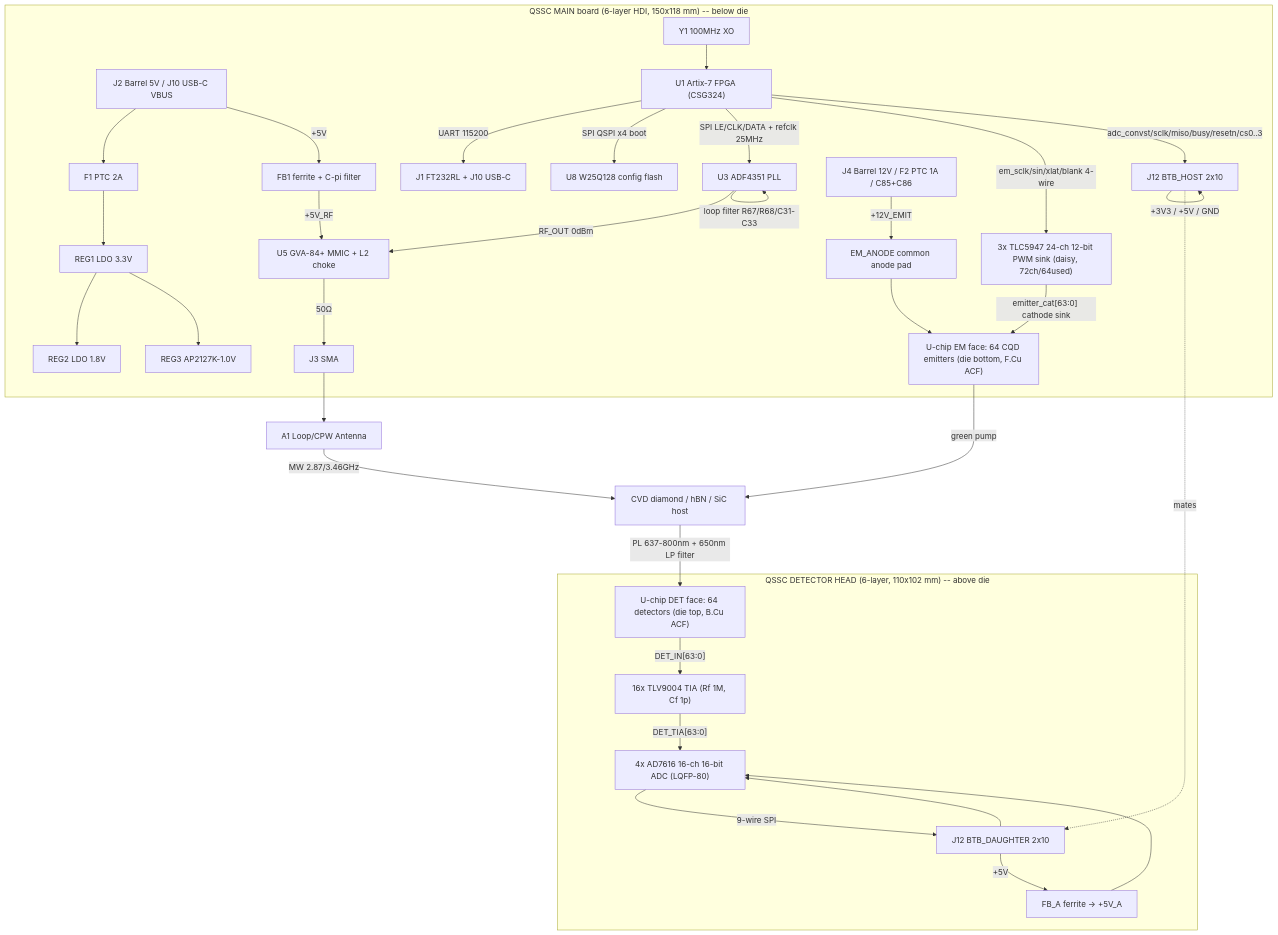
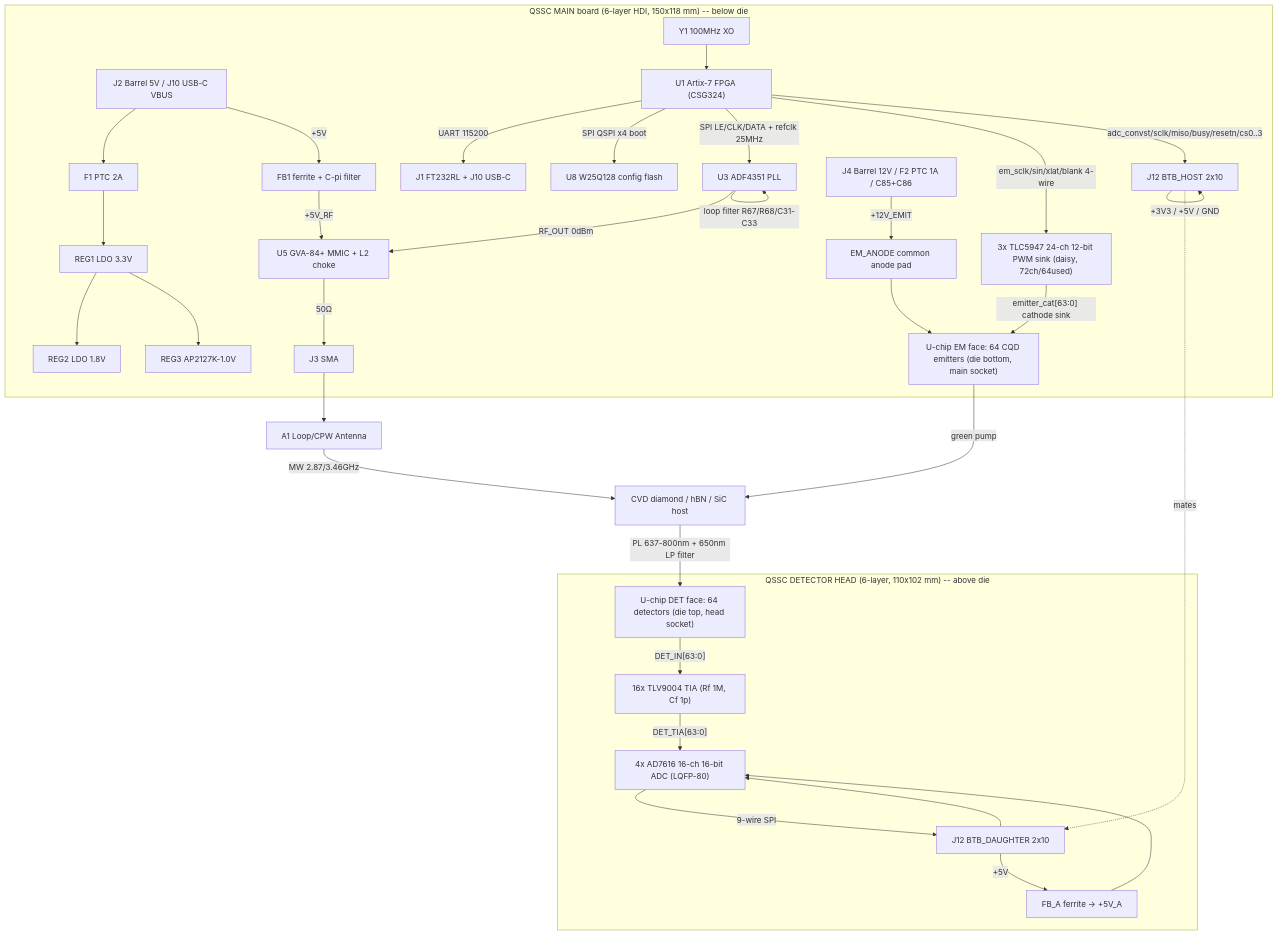
One commit to VABISMO/QSSC changed the first of 2 diagrams in hardware/HARDWARE_DESIGN.md. Above: the diagram before and after it, drawn with Mermaid. The commit also changed other lines of this file and 6 other files, not shown here.

````diff
--- a/hardware/HARDWARE_DESIGN.md
+++ b/hardware/HARDWARE_DESIGN.md
@@ -168,36 +175,36 @@
 ```mermaid
 flowchart TD
     subgraph Main["QSSC MAIN board (6-layer HDI, 150x118 mm) -- below die"]
         J2["J2 Barrel 5V / J10 USB-C VBUS"] --> F1["F1 PTC 2A"] --> REG1["REG1 LDO 3.3V"]
         REG1 --> REG2["REG2 LDO 1.8V"]
         REG1 --> REG3["REG3 AP2127K-1.0V"]
         J2 -->|"+5V"| FB1["FB1 ferrite + C-pi filter"]
         Y1["Y1 100MHz XO"] --> U1["U1 Artix-7 FPGA (CSG324)"]
         U1 -->|"UART 115200"| J1["J1 FT232RL + J10 USB-C"]
         U1 -->|"SPI QSPI x4 boot"| W25["U8 W25Q128 config flash"]
         U1 -->|"SPI LE/CLK/DATA + refclk 25MHz"| U3["U3 ADF4351 PLL"]
         U3 -->|"loop filter R67/R68/C31-C33"| U3
         U3 -->|"RF_OUT 0dBm"| U5["U5 GVA-84+ MMIC + L2 choke"]
         FB1 -->|"+5V_RF"| U5
         U5 -->|"50Ω"| J3["J3 SMA"]
         U1 -->|"em_sclk/sin/xlat/blank 4-wire"| TLC["3x TLC5947 24-ch 12-bit PWM sink (daisy, 72ch/64used)"]
         J4["J4 Barrel 12V / F2 PTC 1A / C85+C86"] -->|"+12V_EMIT"| ANODE["EM_ANODE common anode pad"]
-        TLC -->|"emitter_cat[63:0] cathode sink"| CHIP_EM["U-chip EM face: 64 CQD emitters (die bottom, F.Cu ACF)"]
+        TLC -->|"emitter_cat[63:0] cathode sink"| CHIP_EM["U-chip EM face: 64 CQD emitters (die bottom, main socket)"]
         ANODE --> CHIP_EM
         U1 -->|"adc_convst/sclk/miso/busy/resetn/cs0..3"| J12H["J12 BTB_HOST 2x10"]
         J12H -->|"+3V3 / +5V / GND"| J12H
     end
     subgraph Head["QSSC DETECTOR HEAD (6-layer, 110x102 mm) -- above die"]
         J12D["J12 BTB_DAUGHTER 2x10"] --> ADC["4x AD7616 16-ch 16-bit ADC (LQFP-80)"]
         J12D -->|"+5V"| FBA["FB_A ferrite -> +5V_A"]
         FBA --> ADC
         ADC -->|"9-wire SPI"| J12D
-        DET["U-chip DET face: 64 detectors (die top, B.Cu ACF)"] -->|"DET_IN[63:0]"| TIA["16x TLV9004 TIA (Rf 1M, Cf 1p)"]
+        DET["U-chip DET face: 64 detectors (die top, head socket)"] -->|"DET_IN[63:0]"| TIA["16x TLV9004 TIA (Rf 1M, Cf 1p)"]
         TIA -->|"DET_TIA[63:0]"| ADC
     end
     J12H -.->|"mates"| J12D
     J3 --> A1["A1 Loop/CPW Antenna"]
     A1 -->|"MW 2.87/3.46GHz"| Sub["CVD diamond / hBN / SiC host"]
     CHIP_EM -->|"green pump"| Sub
     Sub -->|"PL 637-800nm + 650nm LP filter"| DET
 ```
````
